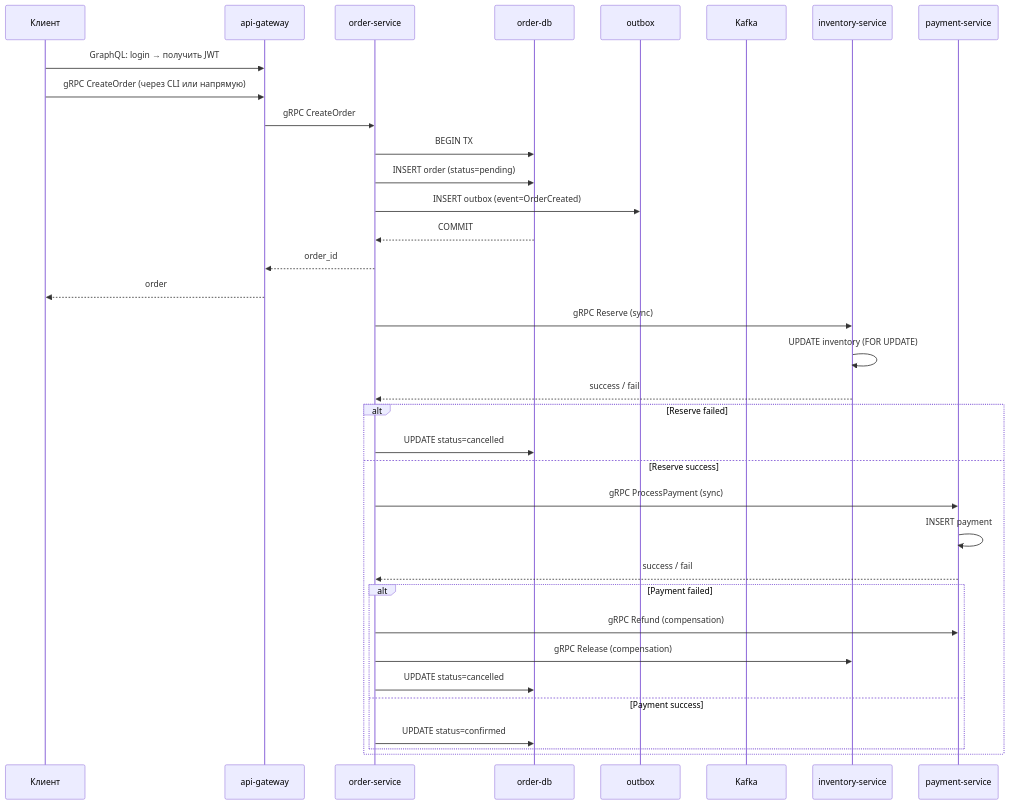
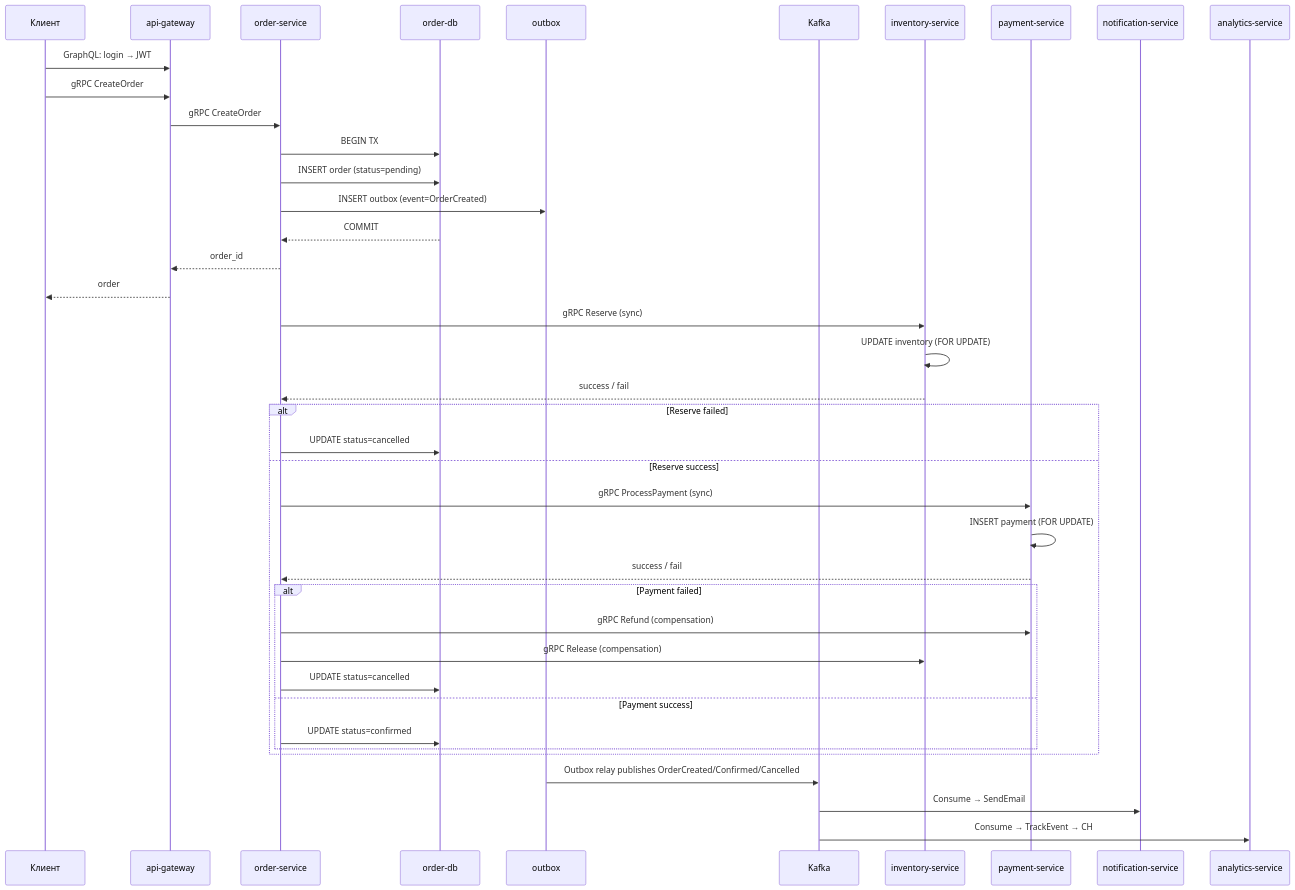
Before and after one commit to ekhodzitsky/go-ozon-marketplace: the second of 8 diagrams in docs/ARCHITECTURE.md, drawn with Mermaid. The commit also changed other lines of this file and 52 other files, not shown here.

````diff
--- a/docs/ARCHITECTURE.md
+++ b/docs/ARCHITECTURE.md
@@ -56,41 +63,47 @@
 ```mermaid
 sequenceDiagram
     participant C as Клиент
     participant AG as api-gateway
     participant OS as order-service
     participant ODB as order-db
     participant OB as outbox
     participant K as Kafka
     participant IS as inventory-service
     participant PS as payment-service
+    participant NS as notification-service
+    participant AS as analytics-service
 
-    C->>AG: GraphQL: login → получить JWT
-    C->>AG: gRPC CreateOrder (через CLI или напрямую)
+    C->>AG: GraphQL: login → JWT
+    C->>AG: gRPC CreateOrder
     AG->>OS: gRPC CreateOrder
     OS->>ODB: BEGIN TX
     OS->>ODB: INSERT order (status=pending)
     OS->>OB: INSERT outbox (event=OrderCreated)
     ODB-->>OS: COMMIT
     OS-->>AG: order_id
     AG-->>C: order
 
     OS->>IS: gRPC Reserve (sync)
     IS->>IS: UPDATE inventory (FOR UPDATE)
     IS-->>OS: success / fail
 
     alt Reserve failed
         OS->>ODB: UPDATE status=cancelled
     else Reserve success
         OS->>PS: gRPC ProcessPayment (sync)
-        PS->>PS: INSERT payment
+        PS->>PS: INSERT payment (FOR UPDATE)
         PS-->>OS: success / fail
 
         alt Payment failed
             OS->>PS: gRPC Refund (compensation)
             OS->>IS: gRPC Release (compensation)
             OS->>ODB: UPDATE status=cancelled
         else Payment success
             OS->>ODB: UPDATE status=confirmed
         end
     end
+
+    OB->>K: Outbox relay publishes OrderCreated/Confirmed/Cancelled
+    K->>NS: Consume → SendEmail
+    K->>AS: Consume → TrackEvent → CH
 ```
````
